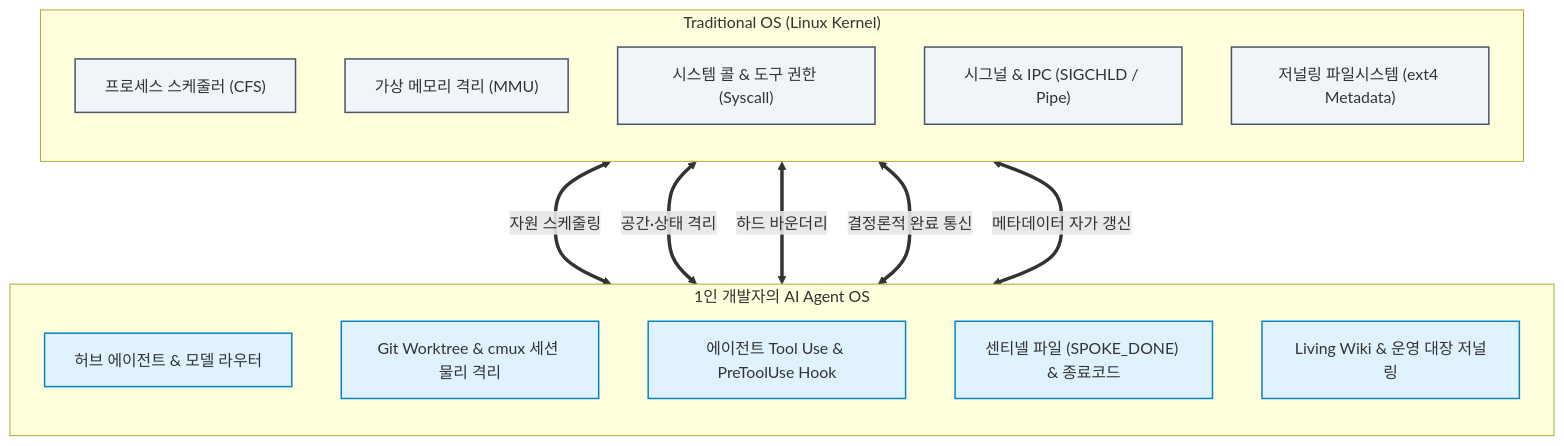
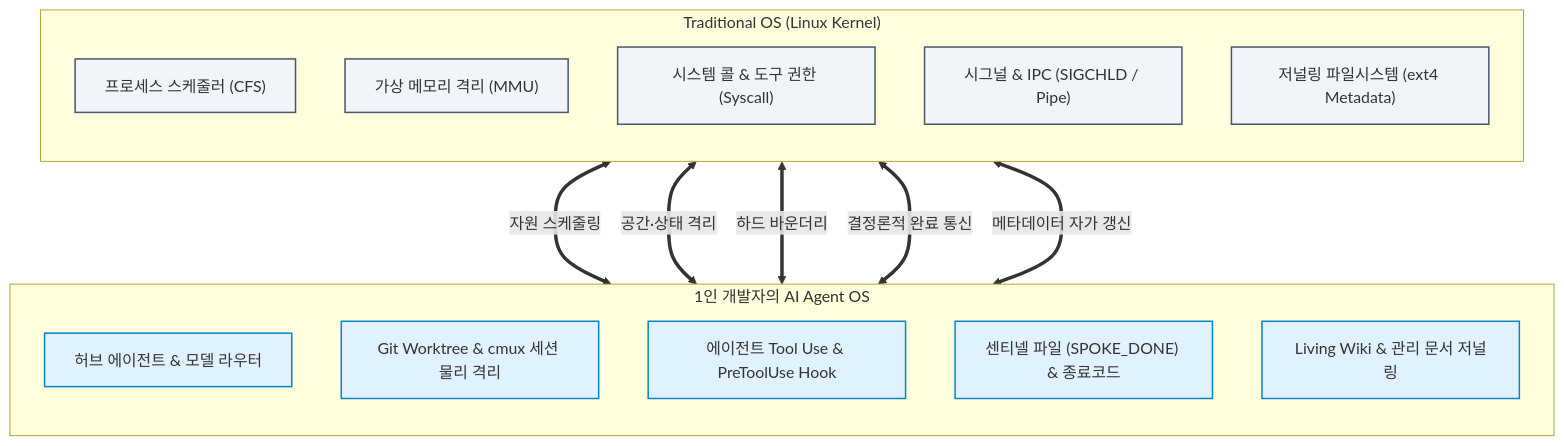
The first of 2 diagrams in _posts/tech/ai-agent-architecture/11 우리는 이미 각자의 운영체제를 짜고 있었다.md (tomato-vault/tomato-vault.github.io), drawn with Mermaid before and after one commit. The commit also changed other lines of this file and 24 other files, not shown here.

````diff
--- a/_posts/tech/ai-agent-architecture/11 우리는 이미 각자의 운영체제를 짜고 있었다.md
+++ b/_posts/tech/ai-agent-architecture/11 우리는 이미 각자의 운영체제를 짜고 있었다.md
@@ -136,32 +108,32 @@
 ```mermaid
 flowchart TB
     subgraph KERNEL ["Traditional OS (Linux Kernel)"]
         direction TB
         K1["프로세스 스케줄러 (CFS)"]
         K2["가상 메모리 격리 (MMU)"]
         K3["시스템 콜 & 도구 권한 (Syscall)"]
         K4["시그널 & IPC (SIGCHLD / Pipe)"]
         K5["저널링 파일시스템 (ext4 Metadata)"]
     end
 
     subgraph AGENT_OS ["1인 개발자의 AI Agent OS"]
         direction TB
         A1["허브 에이전트 & 모델 라우터"]
         A2["Git Worktree & cmux 세션 물리 격리"]
         A3["에이전트 Tool Use & PreToolUse Hook"]
         A4["센티넬 파일 (SPOKE_DONE) & 종료코드"]
-        A5["Living Wiki & 운영 대장 저널링"]
+        A5["Living Wiki & 관리 문서 저널링"]
     end
 
     K1 <===>|"자원 스케줄링"| A1
     K2 <===>|"공간·상태 격리"| A2
     K3 <===>|"하드 바운더리"| A3
     K4 <===>|"결정론적 완료 통신"| A4
     K5 <===>|"메타데이터 자가 갱신"| A5
 
     classDef kernelStyle fill:#f1f5f9,stroke:#475569,stroke-width:1.5px
     classDef agentStyle fill:#e0f2fe,stroke:#0284c7,stroke-width:1.5px
 
     class K1,K2,K3,K4,K5 kernelStyle
     class A1,A2,A3,A4,A5 agentStyle
 ```
````
